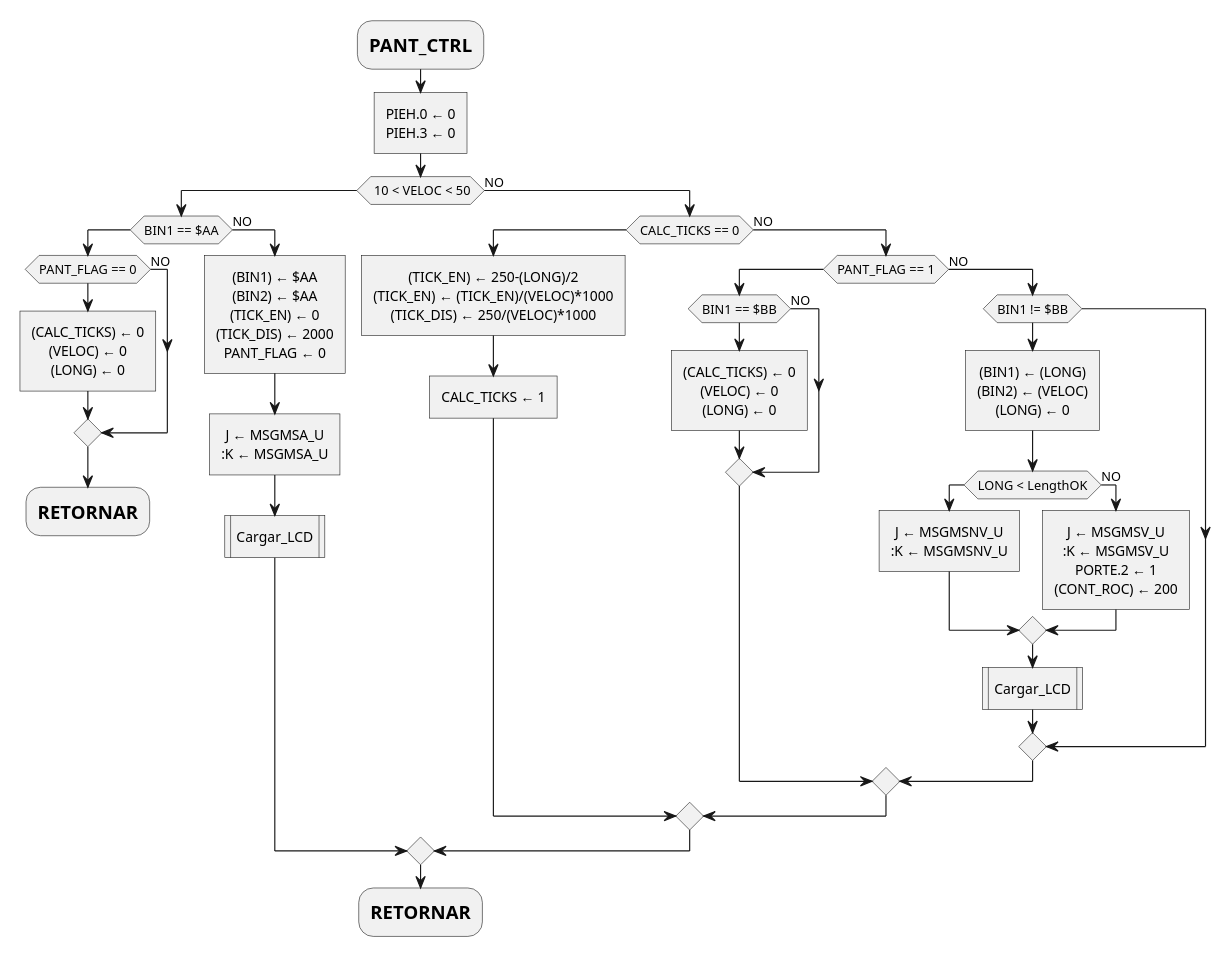
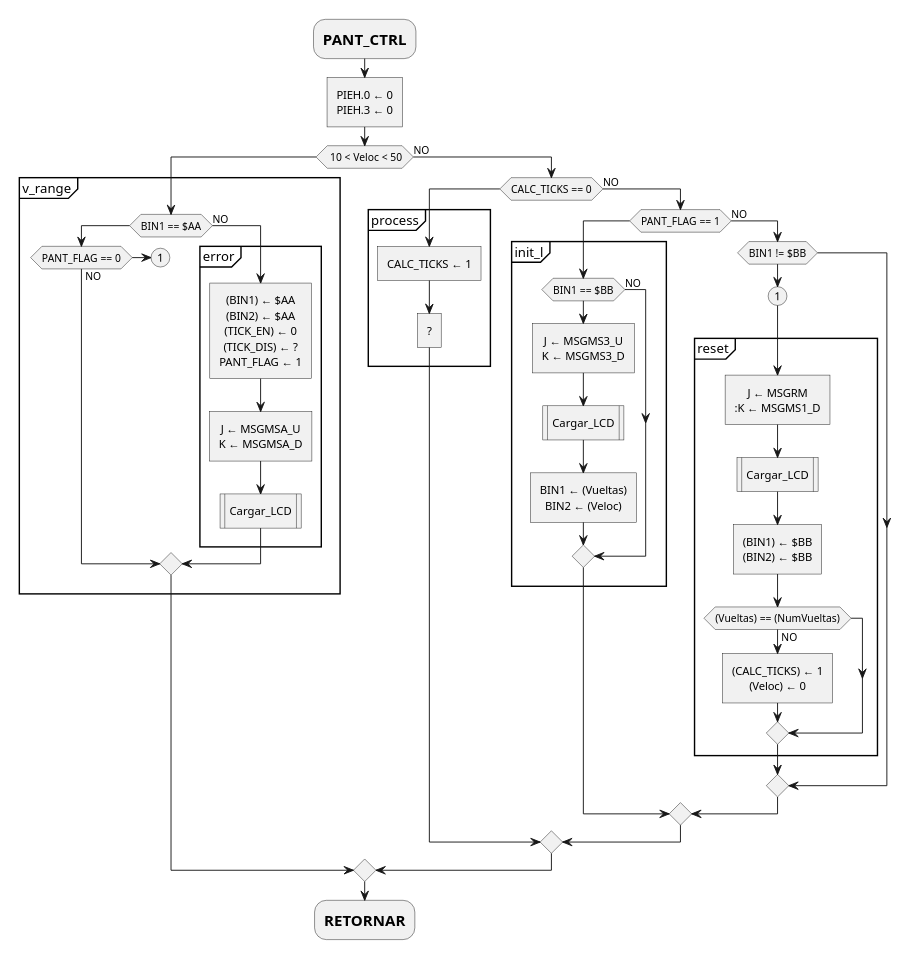
The seventh of 23 diagrams in report.md (mlndz28/pr-623), drawn with PlantUML before and after one commit. The commit also changed other lines of this file, not shown here.

Commit message:
docs: change flowcharts for new specifications

````diff
--- a/report.md
+++ b/report.md
@@ -302,48 +300,60 @@
 ```plantuml
 @startuml
 scale max 500 height
 skinparam monochrome true
 skinparam defaultTextAlignment center
 :=PANT_CTRL;
 :PIEH.0 ← 0
 PIEH.3 ← 0]
-if( 10 < VELOC < 50) then 
-  if(BIN1 == $AA) then 
-    if(PANT_FLAG == 0) then 
-      :(CALC_TICKS) ← 0\n(VELOC) ← 0\n(LONG) ← 0]
-    else (NO)
-    endif
-    :=RETORNAR;
-    detach
-  else (NO)
-    :(BIN1) ← $AA\n(BIN2) ← $AA\n(TICK_EN) ← 0\n(TICK_DIS) ← 2000\nPANT_FLAG ← 0]
-    :J ← MSGMSA_U\n:K ← MSGMSA_U]
-    :Cargar_LCD|
-  endif
-else (NO)
-  if(CALC_TICKS == 0) then
-    :(TICK_EN) ← 250-(LONG)/2\n(TICK_EN) ← (TICK_EN)/(VELOC)*1000\n(TICK_DIS) ← 250/(VELOC)*1000]  
-    :CALC_TICKS ← 1]  
-  else (NO)
-    if(PANT_FLAG == 1) then
-      if(BIN1 == $BB) then
-        :(CALC_TICKS) ← 0\n(VELOC) ← 0\n(LONG) ← 0]
+if( 10 < Veloc < 50) then
+  partition v_range {
+    if(BIN1 == $AA) then 
+      if(PANT_FLAG == 0) then
+        (1) 
+        detach 
       else (NO)
       endif
     else (NO)
+      partition error {  
+        :(BIN1) ← $AA\n(BIN2) ← $AA\n(TICK_EN) ← 0\n(TICK_DIS) ← ?\nPANT_FLAG ← 1]
+        :J ← MSGMSA_U\nK ← MSGMSA_D]
+        :Cargar_LCD|
+      }
+  endif
+  }
+else (NO)
+  if(CALC_TICKS == 0) then
+    partition process {
+      :CALC_TICKS ← 1]
+      :?]  
+    }  
+  else (NO)
+    if(PANT_FLAG == 1) then
+      partition init_l {
+        if(BIN1 == $BB) then
+          :J ← MSGMS3_U\nK ← MSGMS3_D]
+          :Cargar_LCD|
+          :BIN1 ← (Vueltas)\nBIN2 ← (Veloc)]
+        else (NO)
+        endif
+      }
+    else (NO)
       if(BIN1 != $BB) then
-        :(BIN1) ← (LONG)\n(BIN2) ← (VELOC)\n(LONG) ← 0]
-        if(LONG < LengthOK) then
-          :J ← MSGMSNV_U\n:K ← MSGMSNV_U]
-        else (NO)
-          :J ← MSGMSV_U\n:K ← MSGMSV_U\nPORTE.2 ← 1\n(CONT_ROC) ← 200]
-        endif
-        :Cargar_LCD|
+        (1)
+        partition reset {
+          :J ← MSGRM\n:K ← MSGMS1_D]
+          :Cargar_LCD|
+          :(BIN1) ← $BB\n(BIN2) ← $BB]
+          if((Vueltas) == (NumVueltas)) then
+          else (NO)
+            :(CALC_TICKS) ← 1\n(Veloc) ← 0]
+          endif
+        }
       endif
     endif
   endif
 endif
 :=RETORNAR;
 
 @enduml
 ```
````
